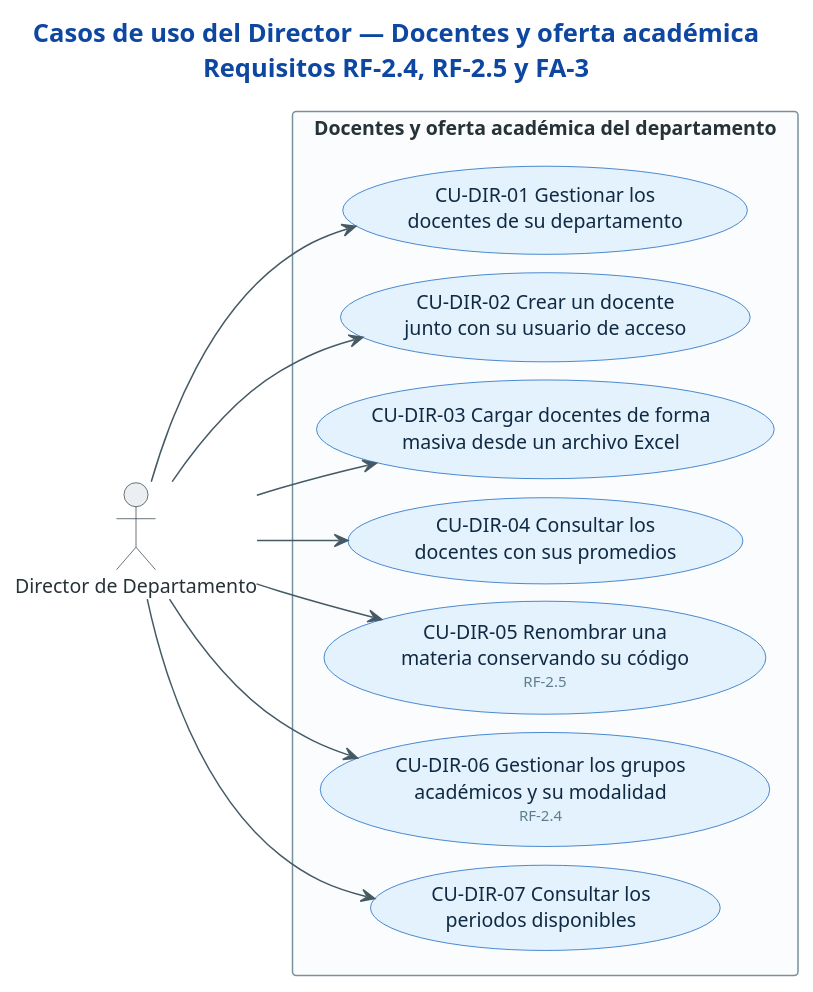
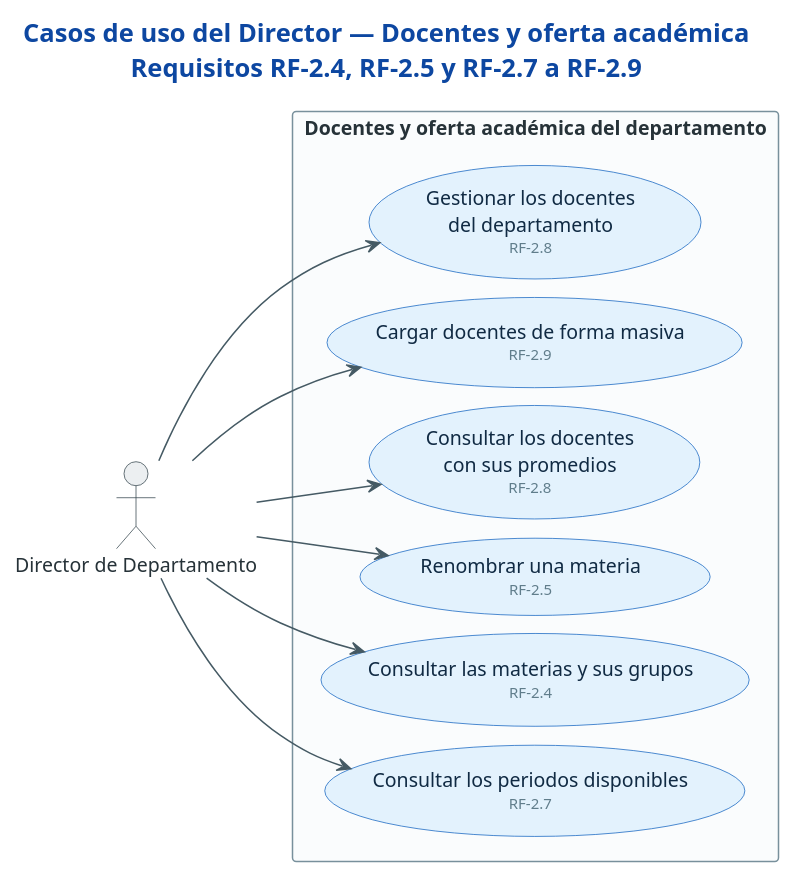
The diagram in docs/casos-de-uso/04-director-docentes-y-oferta.puml (sistema-evaluacion-docente/api.evd), drawn with PlantUML before and after one commit. The commit also changed 20 other files, not shown here.

First line of the commit message:
style: change use case diagrams for clarity and consistency

```diff
--- a/docs/casos-de-uso/04-director-docentes-y-oferta.puml
+++ b/docs/casos-de-uso/04-director-docentes-y-oferta.puml
@@ -1,61 +1,56 @@
-@startuml cu-30-director-docentes-y-oferta
+@startuml cu-04-director-docentes-y-oferta
 ' =============================================================================
 ' Sistema de Evaluación Docente (SET) — UFPS
 ' Fuente: Tabla 36 (actores) y Tabla 37 (requisitos funcionales) del documento de
 '         tesis, con la implementación de DistilUmbert-back y DistilUmbert-front.
-' Especificación de cada caso de uso: docs/casos-de-uso/README.md
 ' =============================================================================
-title Casos de uso del Director — Docentes y oferta académica\nRequisitos RF-2.4, RF-2.5 y FA-3
+title Casos de uso del Director — Docentes y oferta académica\nRequisitos RF-2.4, RF-2.5 y RF-2.7 a RF-2.9
 
 left to right direction
 
 skinparam backgroundColor #FFFFFF
 skinparam shadowing false
 skinparam defaultFontSize 13
 skinparam TitleFontSize 17
 skinparam TitleFontColor #0D47A1
 skinparam ArrowColor #455A64
 skinparam ArrowFontColor #546E7A
 skinparam ArrowFontSize 11
 skinparam nodesep 12
 skinparam ranksep 40
-' Descomenta la línea siguiente para aristas ortogonales (requiere Graphviz).
-' skinparam linetype ortho
 skinparam actor {
   BackgroundColor #ECEFF1
   BorderColor #37474F
   FontColor #263238
 }
 skinparam usecase {
   BackgroundColor #E3F2FD
   BorderColor #1565C0
   FontColor #102A43
 }
 skinparam rectangle {
   BackgroundColor #FAFCFD
   BorderColor #78909C
   FontColor #263238
   FontStyle bold
 }
 
 actor "Director de Departamento" as DIR
 
 rectangle "Docentes y oferta académica del departamento" {
-  usecase "CU-DIR-01 Gestionar los\ndocentes de su departamento" as D1
-  usecase "CU-DIR-02 Crear un docente\njunto con su usuario de acceso" as D2
-  usecase "CU-DIR-03 Cargar docentes de forma\nmasiva desde un archivo Excel" as D3
-  usecase "CU-DIR-04 Consultar los\ndocentes con sus promedios" as D4
-  usecase "CU-DIR-05 Renombrar una\nmateria conservando su código\n<size:10><color:#607D8B>RF-2.5</color></size>" as D5
-  usecase "CU-DIR-06 Gestionar los grupos\nacadémicos y su modalidad\n<size:10><color:#607D8B>RF-2.4</color></size>" as D6
-  usecase "CU-DIR-07 Consultar los\nperiodos disponibles" as D7
+  usecase "Gestionar los docentes\ndel departamento\n<size:10><color:#607D8B>RF-2.8</color></size>" as D1
+  usecase "Cargar docentes de forma masiva\n<size:10><color:#607D8B>RF-2.9</color></size>" as D3
+  usecase "Consultar los docentes\ncon sus promedios\n<size:10><color:#607D8B>RF-2.8</color></size>" as D4
+  usecase "Renombrar una materia\n<size:10><color:#607D8B>RF-2.5</color></size>" as D5
+  usecase "Consultar las materias y sus grupos\n<size:10><color:#607D8B>RF-2.4</color></size>" as D6
+  usecase "Consultar los periodos disponibles\n<size:10><color:#607D8B>RF-2.7</color></size>" as D7
 }
 
 DIR --> D1
-DIR --> D2
 DIR --> D3
 DIR --> D4
 DIR --> D5
 DIR --> D6
 DIR --> D7
 
 @enduml
```
